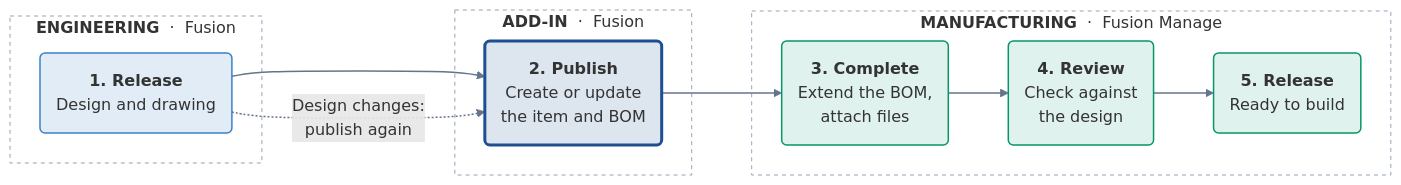
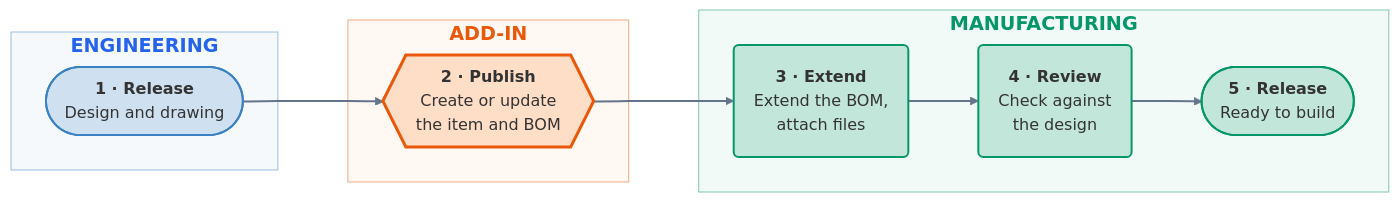
Before and after one commit to AHoop91/FusionToFusionManageAddon: the diagram in docs/getting-started/workflow.md, drawn with Mermaid. The commit also changed other lines of this file, not shown here.

Commit message:
Restyle the workflow diagram and rename stage 3 to Extend
Use the newer flowchart shape syntax with colour-coded groups (blue
Engineering, orange add-in, green Manufacturing) and bold coloured group
headers. Rename stage 3 to Extend in the diagram, stage table and heading.

````diff
--- a/docs/getting-started/workflow.md
+++ b/docs/getting-started/workflow.md
@@ -52,31 +52,32 @@
 ```mermaid
-%%{init: {"flowchart": {"curve": "basis", "nodeSpacing": 40, "rankSpacing": 60, "padding": 16}}}%%
+%%{init: {"flowchart": {"curve": "basis", "nodeSpacing": 50, "rankSpacing": 70, "padding": 20, "wrappingWidth": 220}}}%%
 flowchart LR
-    subgraph ENG["<b>ENGINEERING</b> &nbsp;·&nbsp; Fusion"]
-        E1("<b>1. Release</b><br/>Design and drawing")
+    subgraph ENG["<b style='font-size:1.2em;color:#2563eb'>ENGINEERING</b>"]
+        E1@{ shape: stadium, label: "<b>1 · Release</b><br/>Design and drawing" }
     end
 
-    subgraph ADD["<b>ADD-IN</b> &nbsp;·&nbsp; Fusion"]
-        A1("<b>2. Publish</b><br/>Create or update<br/>the item and BOM")
+    subgraph ADD["<b style='font-size:1.2em;color:#ea580c'>ADD-IN</b>"]
+        A1@{ shape: hex, label: "<b>2 · Publish</b><br/>Create or update<br/>the item and BOM" }
     end
 
-    subgraph MFG["<b>MANUFACTURING</b> &nbsp;·&nbsp; Fusion Manage"]
-        M1("<b>3. Complete</b><br/>Extend the BOM,<br/>attach files")
-        M2("<b>4. Review</b><br/>Check against<br/>the design")
-        M3("<b>5. Release</b><br/>Ready to build")
+    subgraph MFG["<b style='font-size:1.2em;color:#059669'>MANUFACTURING</b>"]
+        M1@{ shape: rounded, label: "<b>3 · Extend</b><br/>Extend the BOM,<br/>attach files" }
+        M2@{ shape: rounded, label: "<b>4 · Review</b><br/>Check against<br/>the design" }
+        M3@{ shape: stadium, label: "<b>5 · Release</b><br/>Ready to build" }
     end
 
-    E1 ==> A1 ==> M1 --> M2 --> M3
-    E1 -.->|"Design changes:<br/>publish again"| A1
+    E1 ==> A1
+    A1 ==> M1
+    M1 --> M2 --> M3
 
-    classDef eng fill:#3b82c426,stroke:#3b82c4,stroke-width:1.5px
-    classDef add fill:#1d4f9126,stroke:#1d4f91,stroke-width:3px
-    classDef mfg fill:#0596691f,stroke:#059669,stroke-width:1.5px
+    classDef eng fill:#3b82c433,stroke:#3b82c4,stroke-width:2px
+    classDef add fill:#f9731633,stroke:#ea580c,stroke-width:3px
+    classDef mfg fill:#05966933,stroke:#059669,stroke-width:2px
     class E1 eng
     class A1 add
     class M1,M2,M3 mfg
-    style ENG fill:transparent,stroke:#94a3b8,stroke-dasharray:4 4
-    style ADD fill:transparent,stroke:#94a3b8,stroke-dasharray:4 4
-    style MFG fill:transparent,stroke:#94a3b8,stroke-dasharray:4 4
-    linkStyle default stroke:#64748b,stroke-width:1.5px
+    style ENG fill:#3b82c40d,stroke:#3b82c480,stroke-width:1px
+    style ADD fill:#f973160d,stroke:#ea580c80,stroke-width:1px
+    style MFG fill:#0596690d,stroke:#05966980,stroke-width:1px
+    linkStyle default stroke:#64748b,stroke-width:2px
 ```
````
